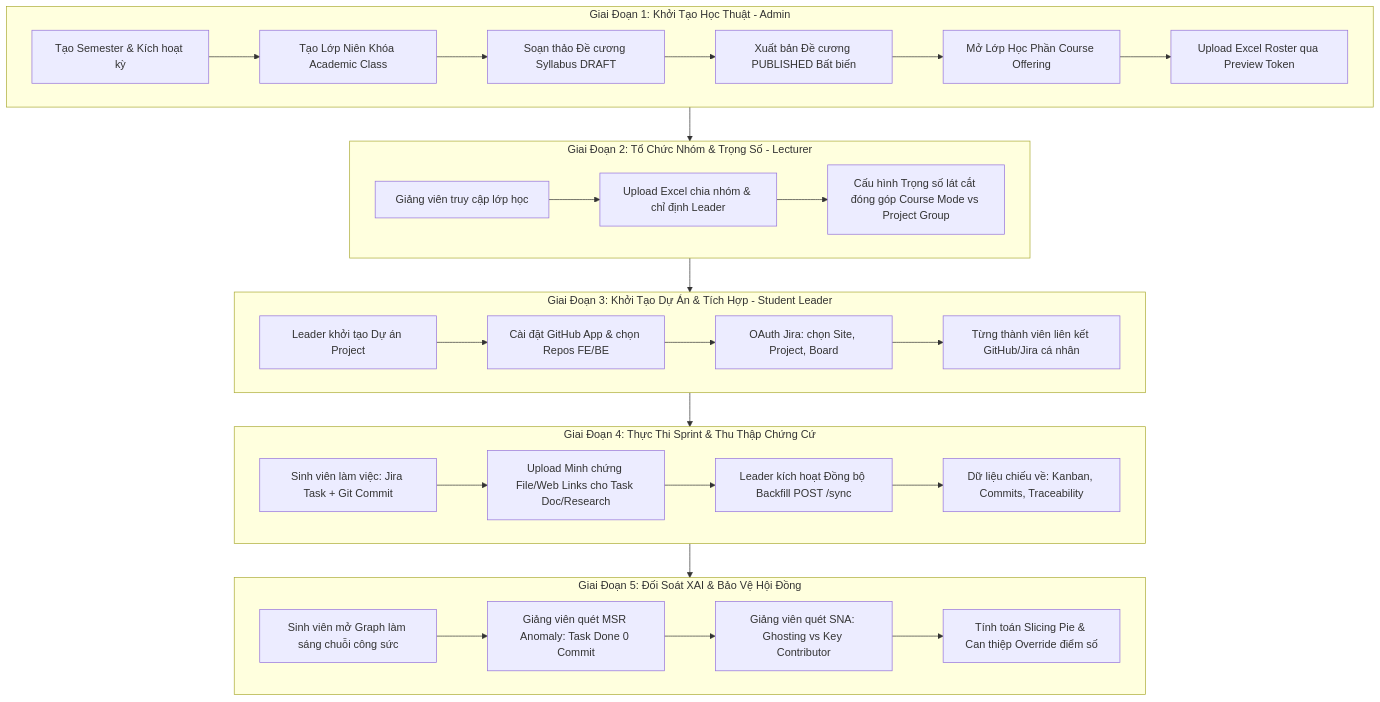
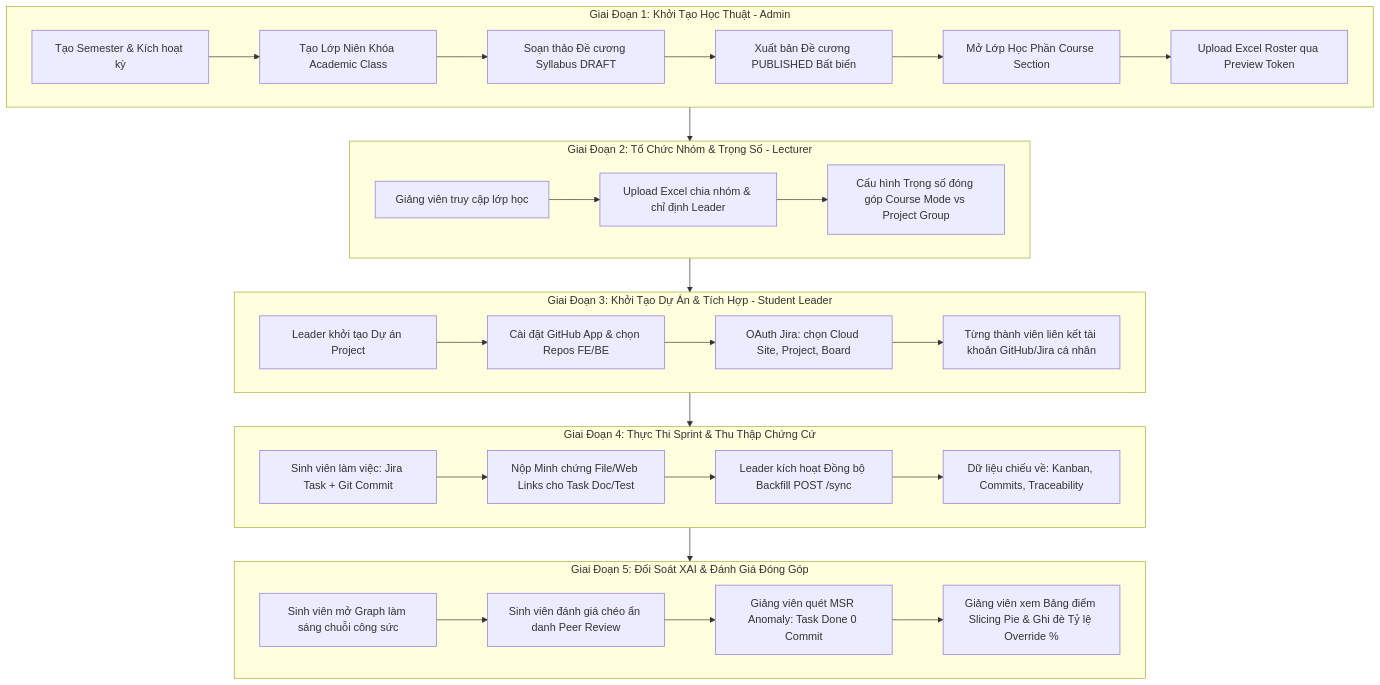
Before and after one commit to Saga-Learning-to-Hero/saga-fe: the diagram in docs/04-main-flow-and-capstone-case-study.md, drawn with Mermaid. The commit also changed other lines of this file and 1 other file, not shown here.

````diff
--- a/docs/04-main-flow-and-capstone-case-study.md
+++ b/docs/04-main-flow-and-capstone-case-study.md
@@ -29,35 +31,35 @@
 ```mermaid
 flowchart TD
     subgraph G1 [Giai Đoạn 1: Khởi Tạo Học Thuật - Admin]
         A1[Tạo Semester & Kích hoạt kỳ] --> A2[Tạo Lớp Niên Khóa Academic Class]
         A2 --> A3[Soạn thảo Đề cương Syllabus DRAFT]
         A3 --> A4[Xuất bản Đề cương PUBLISHED Bất biến]
-        A4 --> A5[Mở Lớp Học Phần Course Offering]
+        A4 --> A5[Mở Lớp Học Phần Course Section]
         A5 --> A6[Upload Excel Roster qua Preview Token]
     end
 
     subgraph G2 [Giai Đoạn 2: Tổ Chức Nhóm & Trọng Số - Lecturer]
         B1[Giảng viên truy cập lớp học] --> B2[Upload Excel chia nhóm & chỉ định Leader]
-        B2 --> B3[Cấu hình Trọng số lát cắt đóng góp Course Mode vs Project Group]
+        B2 --> B3[Cấu hình Trọng số đóng góp Course Mode vs Project Group]
     end
 
     subgraph G3 [Giai Đoạn 3: Khởi Tạo Dự Án & Tích Hợp - Student Leader]
         C1[Leader khởi tạo Dự án Project] --> C2[Cài đặt GitHub App & chọn Repos FE/BE]
-        C2 --> C3[OAuth Jira: chọn Site, Project, Board]
-        C3 --> C4[Từng thành viên liên kết GitHub/Jira cá nhân]
+        C2 --> C3[OAuth Jira: chọn Cloud Site, Project, Board]
+        C3 --> C4[Từng thành viên liên kết tài khoản GitHub/Jira cá nhân]
     end
 
     subgraph G4 [Giai Đoạn 4: Thực Thi Sprint & Thu Thập Chứng Cứ]
-        D1[Sinh viên làm việc: Jira Task + Git Commit] --> D2[Upload Minh chứng File/Web Links cho Task Doc/Research]
+        D1[Sinh viên làm việc: Jira Task + Git Commit] --> D2[Nộp Minh chứng File/Web Links cho Task Doc/Test]
         D2 --> D3[Leader kích hoạt Đồng bộ Backfill POST /sync]
         D3 --> D4[Dữ liệu chiếu về: Kanban, Commits, Traceability]
     end
 
-    subgraph G5 [Giai Đoạn 5: Đối Soát XAI & Bảo Vệ Hội Đồng]
-        E1[Sinh viên mở Graph làm sáng chuỗi công sức] --> E2[Giảng viên quét MSR Anomaly: Task Done 0 Commit]
-        E2 --> E3[Giảng viên quét SNA: Ghosting vs Key Contributor]
-        E3 --> E4[Tính toán Slicing Pie & Can thiệp Override điểm số]
+    subgraph G5 [Giai Đoạn 5: Đối Soát XAI & Đánh Giá Đóng Góp]
+        E1[Sinh viên mở Graph làm sáng chuỗi công sức] --> E2[Sinh viên đánh giá chéo ẩn danh Peer Review]
+        E2 --> E3[Giảng viên quét MSR Anomaly: Task Done 0 Commit]
+        E3 --> E4[Giảng viên xem Bảng điểm Slicing Pie & Ghi đè Tỷ lệ Override %]
     end
 
     G1 --> G2 --> G3 --> G4 --> G5
 ```
````
